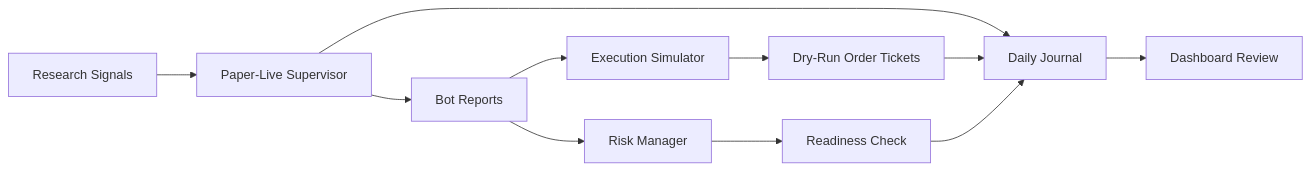
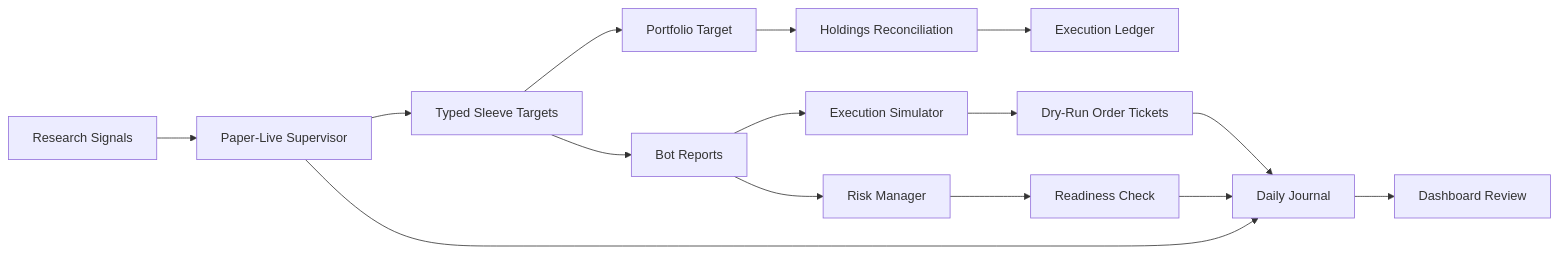
One commit to IamChidera/Systematic-Trading-Research-Engine changed the diagram in docs/operations.md. Above: the diagram before and after it, drawn with Mermaid. The commit also changed other lines of this file and 32 other files, not shown here.

````diff
--- a/docs/operations.md
+++ b/docs/operations.md
@@ -7,13 +9,17 @@
 ```mermaid
 flowchart LR
     A["Research Signals"] --> B["Paper-Live Supervisor"]
-    B --> C["Bot Reports"]
-    C --> D["Execution Simulator"]
-    C --> E["Risk Manager"]
-    D --> F["Dry-Run Order Tickets"]
+    B --> C["Typed Sleeve Targets"]
+    C --> J["Portfolio Target"]
+    J --> K["Holdings Reconciliation"]
+    K --> L["Execution Ledger"]
+    C --> D["Bot Reports"]
+    D --> M["Execution Simulator"]
+    D --> E["Risk Manager"]
+    M --> F["Dry-Run Order Tickets"]
     E --> G["Readiness Check"]
     B --> H["Daily Journal"]
     F --> H
     G --> H
     H --> I["Dashboard Review"]
 ```
````
